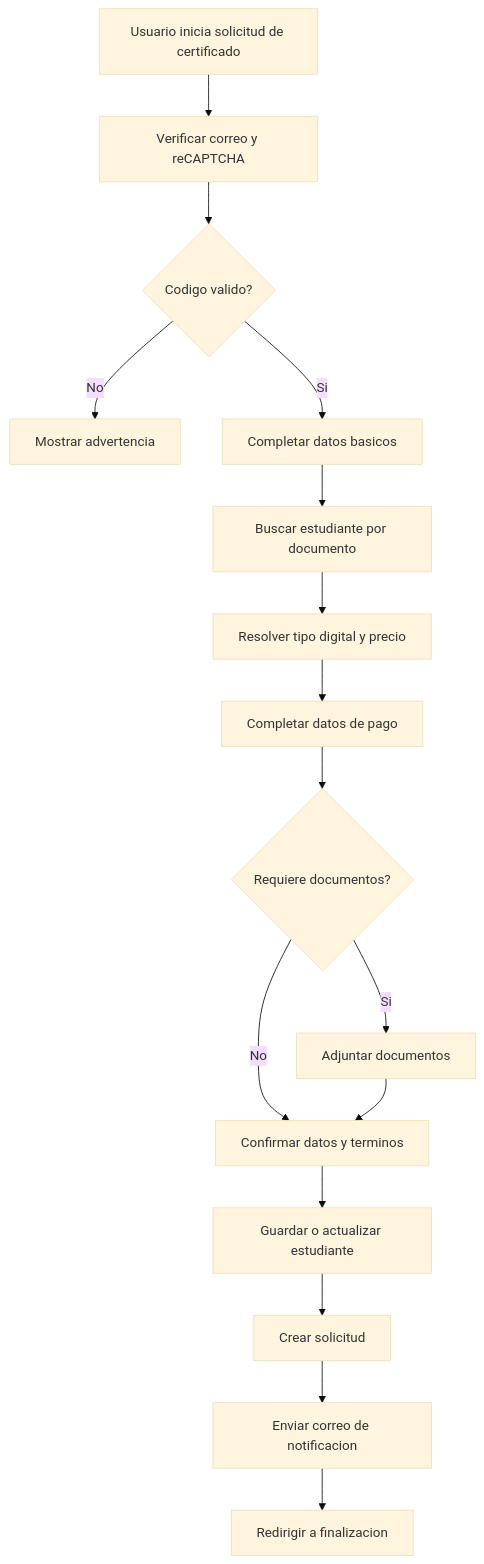
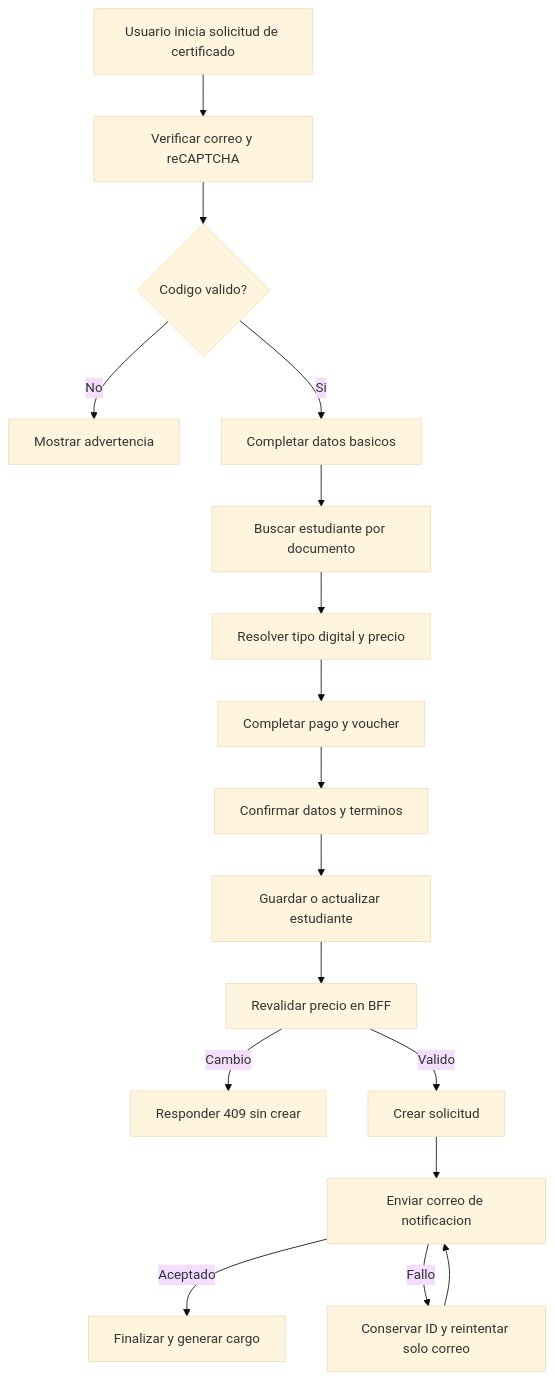
Before and after one commit to luismiguelgs/ciunac-sol-1.3: the diagram in docs/requirements/use-cases/solicitud-certificado.md, drawn with Mermaid (base theme). The commit also changed other lines of this file and 334 other files, not shown here.

````diff
--- a/docs/requirements/use-cases/solicitud-certificado.md
+++ b/docs/requirements/use-cases/solicitud-certificado.md
@@ -35,18 +35,19 @@
 ```mermaid
 flowchart TD
     Start["Usuario inicia solicitud de certificado"] --> Email["Verificar correo y reCAPTCHA"]
     Email --> Code{"Codigo valido?"}
     Code -->|No| EmailError["Mostrar advertencia"]
     Code -->|Si| Basic["Completar datos basicos"]
     Basic --> StudentSearch["Buscar estudiante por documento"]
     StudentSearch --> Price["Resolver tipo digital y precio"]
-    Price --> Payment["Completar datos de pago"]
-    Payment --> Docs{"Requiere documentos?"}
-    Docs -->|Si| Upload["Adjuntar documentos"]
-    Docs -->|No| Confirm["Confirmar datos y terminos"]
-    Upload --> Confirm
+    Price --> Payment["Completar pago y voucher"]
+    Payment --> Confirm["Confirmar datos y terminos"]
     Confirm --> SaveStudent["Guardar o actualizar estudiante"]
-    SaveStudent --> SaveRequest["Crear solicitud"]
+    SaveStudent --> ValidatePrice["Revalidar precio en BFF"]
+    ValidatePrice -->|Cambio| PriceError["Responder 409 sin crear"]
+    ValidatePrice -->|Valido| SaveRequest["Crear solicitud"]
     SaveRequest --> Mail["Enviar correo de notificacion"]
-    Mail --> Finish["Redirigir a finalizacion"]
+    Mail -->|Aceptado| Finish["Finalizar y generar cargo"]
+    Mail -->|Fallo| Retry["Conservar ID y reintentar solo correo"]
+    Retry --> Mail
 ```
````
